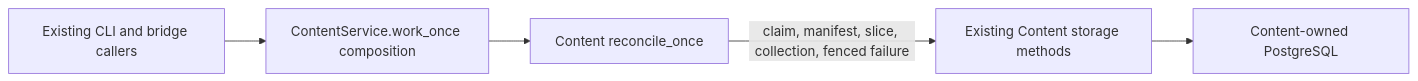
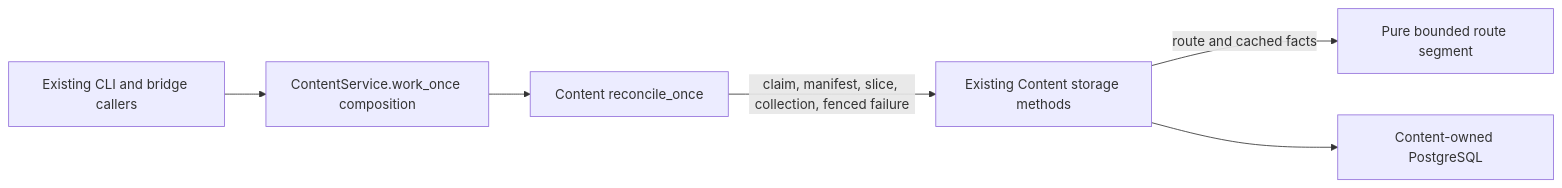
The diagram in services/content/src/tempo_content/worker/README.md (aaweaver-actuary/tempo), drawn with Mermaid before and after one commit. The commit also changed other lines of this file and 16 other files, not shown here.

Commit message:
Move Content route and publication preparation outside database storage

````diff
--- a/services/content/src/tempo_content/worker/README.md
+++ b/services/content/src/tempo_content/worker/README.md
@@ -8,7 +8,8 @@
 ```mermaid
 flowchart LR
   callers[Existing CLI and bridge callers] --> composition[ContentService.work_once composition]
   composition --> application[Content reconcile_once]
   application -->|claim, manifest, slice, collection, fenced failure| storage[Existing Content storage methods]
+  storage -->|route and cached facts| routes[Pure bounded route segment]
   storage --> database[Content-owned PostgreSQL]
 ```
````
